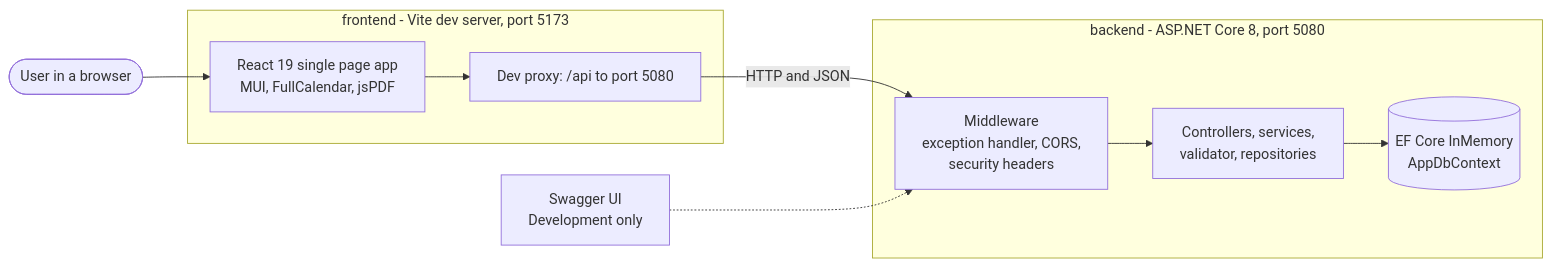
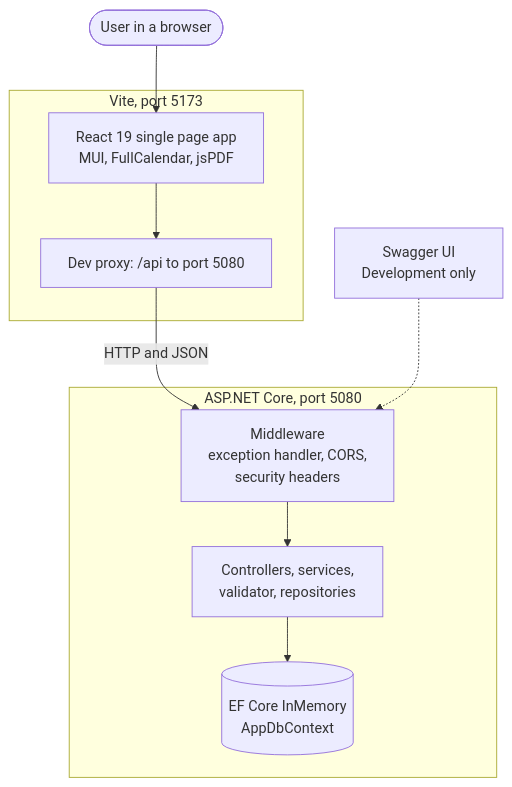
Before and after one commit to Amith-Ganta/Room_Reservation_System_Claude: the first of 9 diagrams in README.md, drawn with Mermaid. The commit also changed other lines of this file and 1 other file, not shown here.

First line of the commit message:
docs: make wide Mermaid diagrams readable at column width

````diff
--- a/README.md
+++ b/README.md
@@ -115,22 +115,22 @@
 ```mermaid
-flowchart LR
+flowchart TB
     user(["User in a browser"])
 
-    subgraph FE["frontend - Vite dev server, port 5173"]
+    subgraph FE["Vite, port 5173"]
         spa["React 19 single page app<br/>MUI, FullCalendar, jsPDF"]
         proxy["Dev proxy: /api to port 5080"]
     end
 
-    subgraph BE["backend - ASP.NET Core 8, port 5080"]
+    subgraph BE["ASP.NET Core, port 5080"]
         mw["Middleware<br/>exception handler, CORS,<br/>security headers"]
         api["Controllers, services,<br/>validator, repositories"]
         db[("EF Core InMemory<br/>AppDbContext")]
     end
 
     user --> spa
     spa --> proxy
     proxy -->|"HTTP and JSON"| mw
     mw --> api
     api --> db
     swagger["Swagger UI<br/>Development only"] -.-> mw
 ```
````
